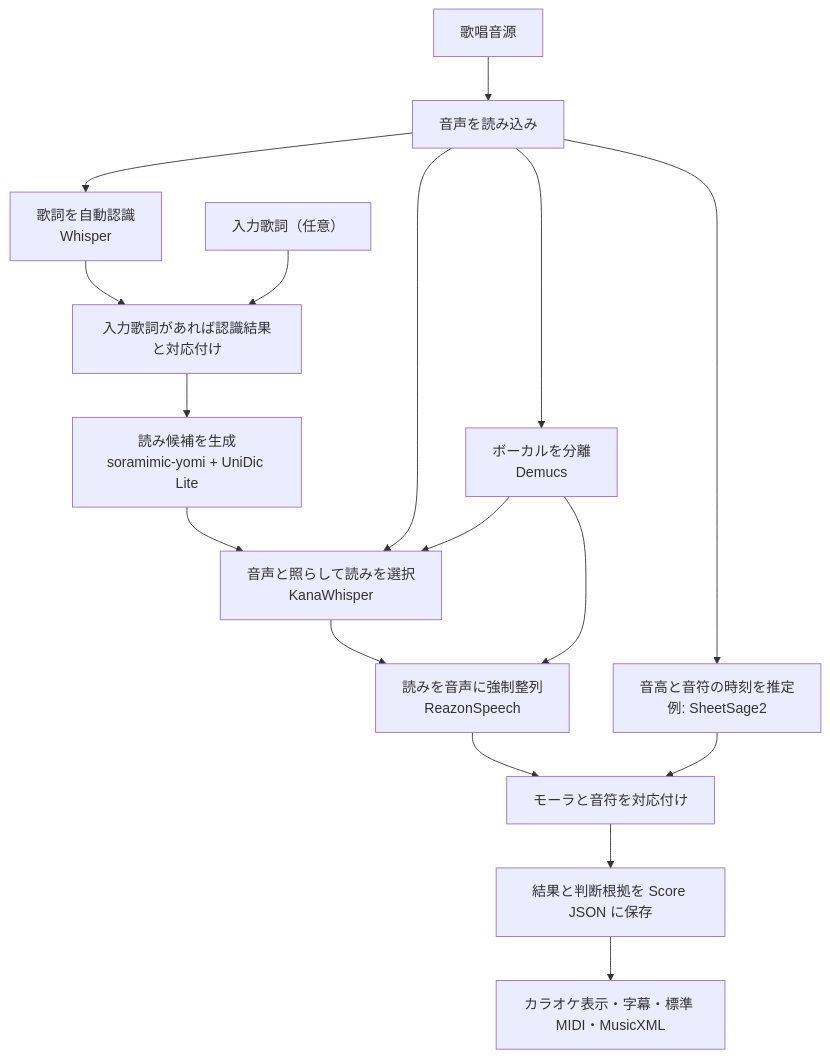
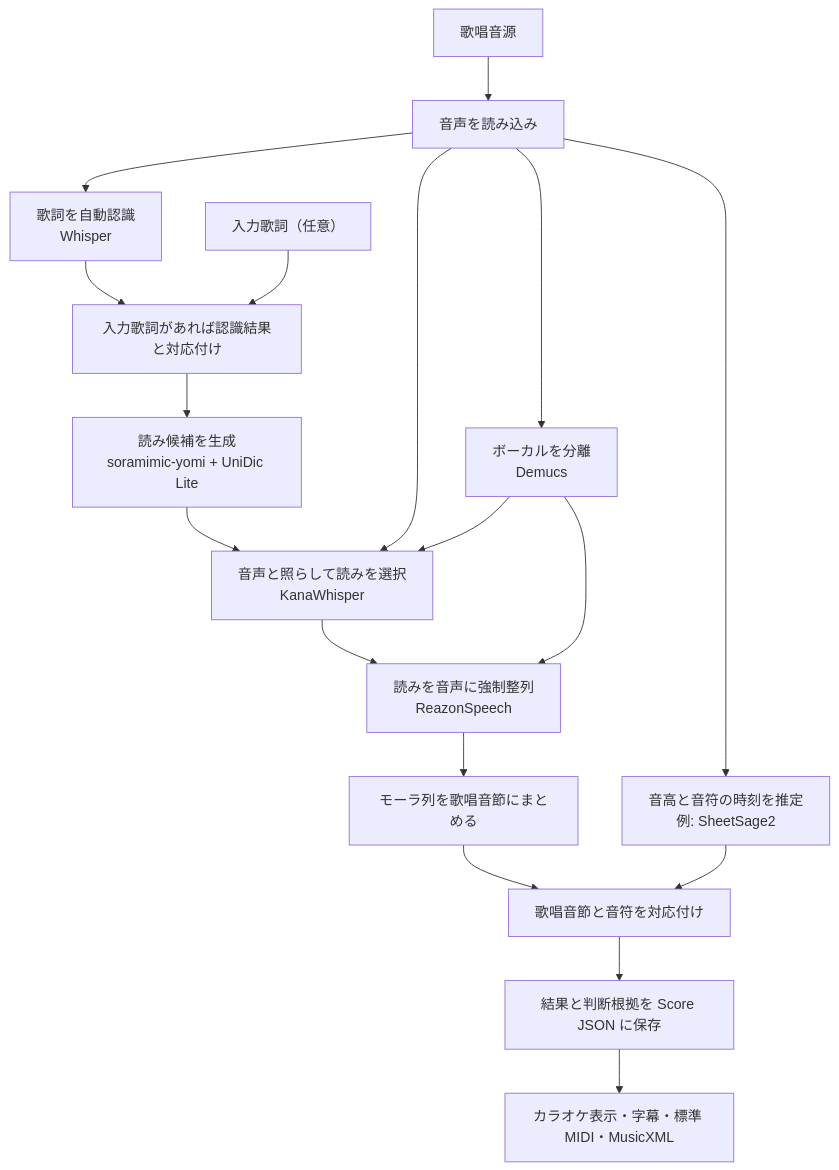
One commit to jiroshimaya/soramimic-score changed the diagram in README.md. Above: the diagram before and after it, drawn with Mermaid. The commit also changed other lines of this file, not shown here.

````diff
--- a/README.md
+++ b/README.md
@@ -14,22 +14,23 @@
 ```mermaid
 flowchart TD
     A["歌唱音源"] --> B["音声を読み込み"]
     B --> V["ボーカルを分離<br/>Demucs"]
     B --> E["歌詞を自動認識<br/>Whisper"]
     F["読み候補を生成<br/>soramimic-yomi + UniDic Lite"]
     E --> S["入力歌詞があれば認識結果と対応付け"]
     D["入力歌詞（任意）"] --> S
     S --> F
     F --> R["音声と照らして読みを選択<br/>KanaWhisper"]
     B --> R
     V --> R
     R --> G["読みを音声に強制整列<br/>ReazonSpeech"]
     V --> G
 
     B --> H["音高と音符の時刻を推定<br/>例: SheetSage2"]
-    G --> I["モーラと音符を対応付け"]
+    G --> U["モーラ列を歌唱音節にまとめる"]
+    U --> I["歌唱音節と音符を対応付け"]
     H --> I
 
     I --> J["結果と判断根拠を Score JSON に保存"]
     J --> K["カラオケ表示・字幕・標準 MIDI・MusicXML"]
 ```
````
